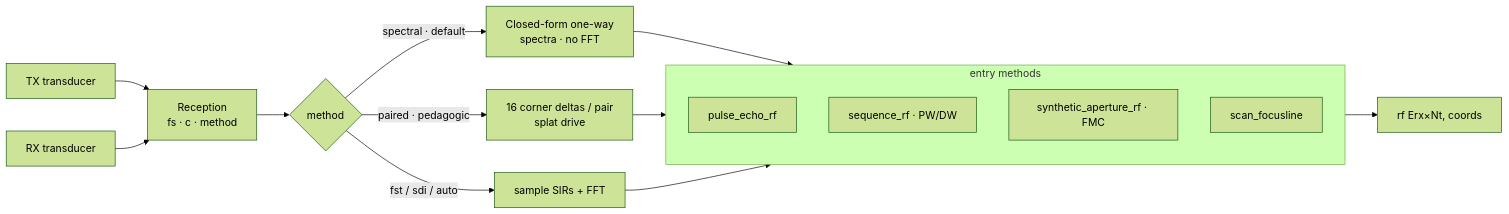
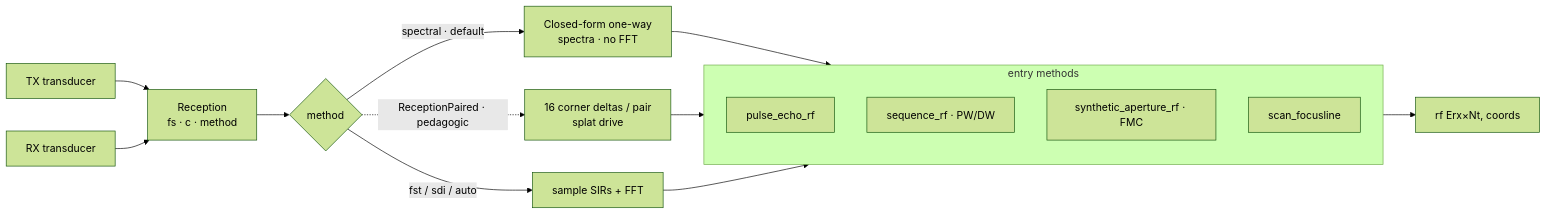
The diagram in docs/user-guide/reception.md (EstebanRivera08/eSDIva), drawn with Mermaid (forest theme) before and after one commit. The commit also changed other lines of this file and 25 other files, not shown here.

First line of the commit message:
refactor(hsir): split SIR kernels into sir_temporal/sir_spectral/sir_paired; move paired PE to ReceptionPaired

````diff
--- a/docs/user-guide/reception.md
+++ b/docs/user-guide/reception.md
@@ -32,19 +32,19 @@
 ```mermaid
 flowchart LR
     TX[TX transducer] --> R[Reception<br/>fs · c · method]
     RX[RX transducer] --> R
     R --> M{method}
     M -->|spectral · default| SP[Closed-form one-way<br/>spectra · no FFT]
-    M -->|paired · pedagogic| PA[16 corner deltas / pair<br/>splat drive]
+    M -.->|ReceptionPaired · pedagogic| PA[16 corner deltas / pair<br/>splat drive]
     M -->|fst / sdi / auto| CV[sample SIRs + FFT]
     SP --> API
     PA --> API
     CV --> API
     subgraph API[entry methods]
       P1[pulse_echo_rf]
       P2[sequence_rf · PW/DW]
       P3[synthetic_aperture_rf · FMC]
       P4[scan_focusline]
     end
     API --> RF[rf Erx×Nt, coords]
 ```
````
